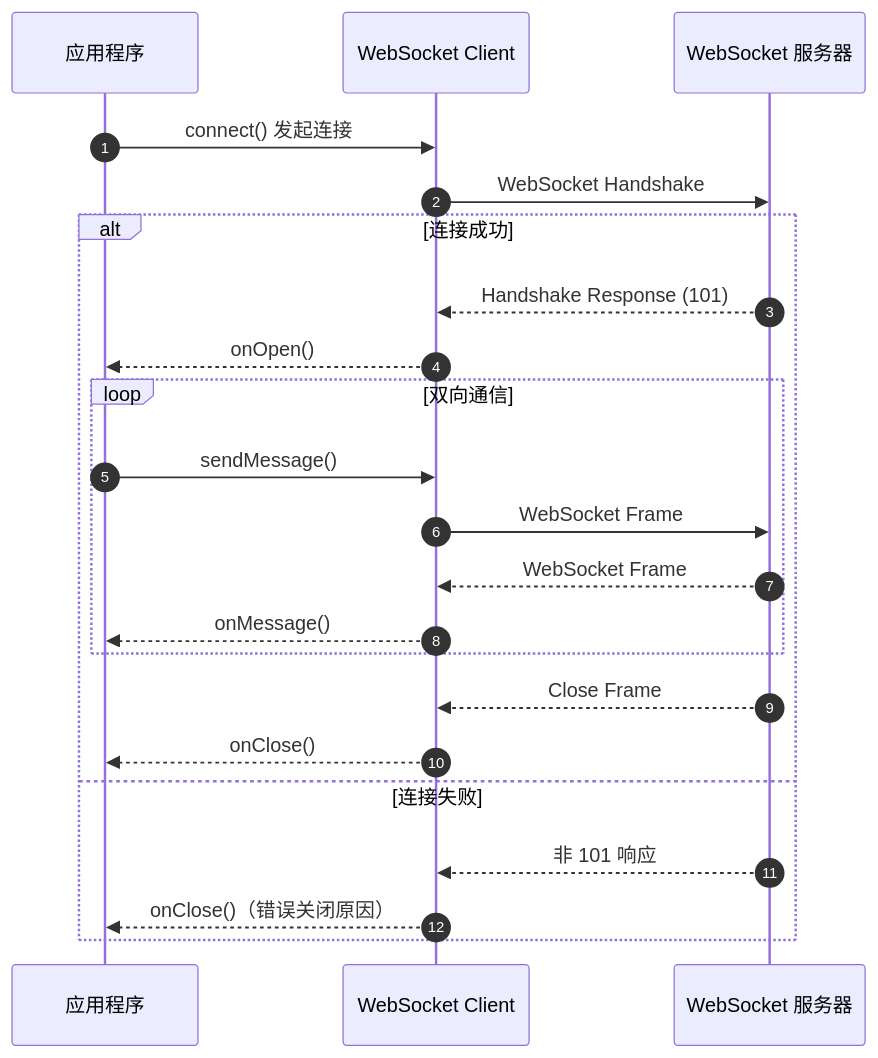
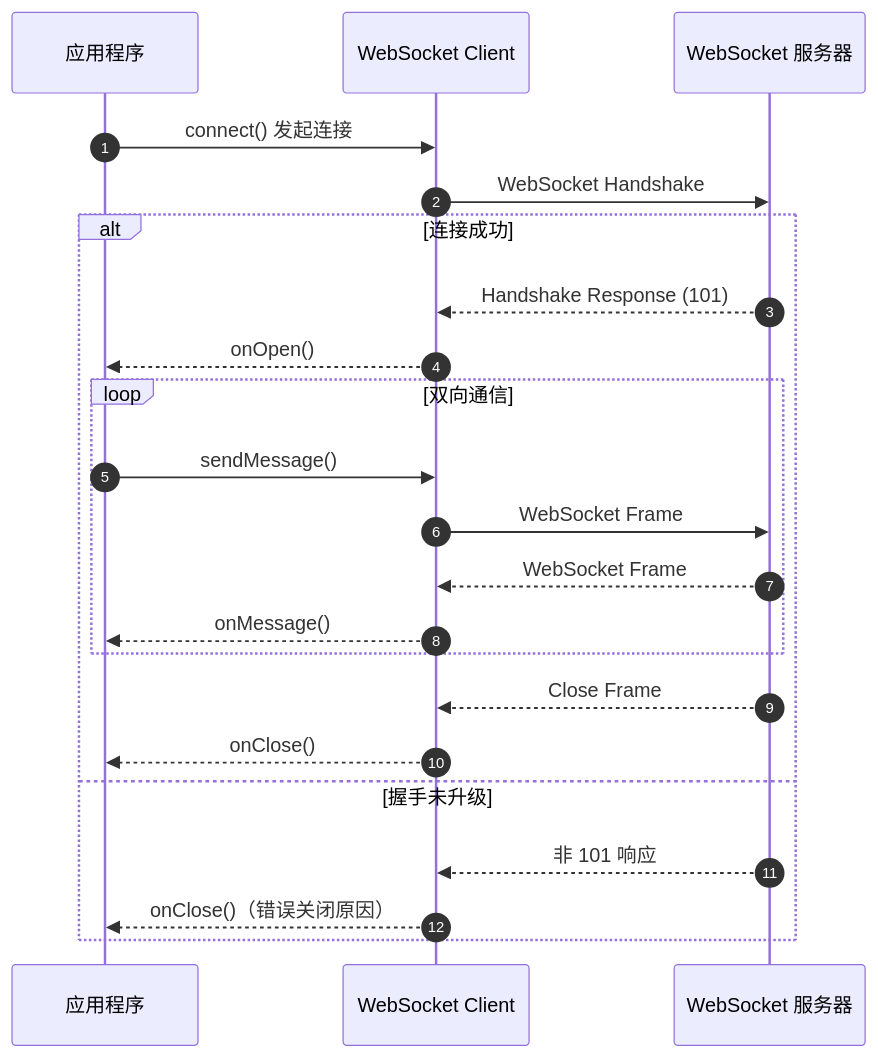
The diagram in pages/src/content/docs/client/ws_client.mdx (smartboot/feat), drawn with Mermaid before and after one commit. The commit also changed other lines of this file, not shown here.

Commit message:
docs: remove duplicate WebSocket option

````diff
--- a/pages/src/content/docs/client/ws_client.mdx
+++ b/pages/src/content/docs/client/ws_client.mdx
@@ -149,28 +148,28 @@
 ```mermaid
 sequenceDiagram
     autonumber
     participant App as 应用程序
     participant Client as WebSocket Client
     participant Server as WebSocket 服务器
 
     App->>Client: connect() 发起连接
     Client->>Server: WebSocket Handshake
     
     alt 连接成功
         Server-->>Client: Handshake Response (101)
         Client-->>App: onOpen()
         
         loop 双向通信
             App->>Client: sendMessage()
             Client->>Server: WebSocket Frame
             Server-->>Client: WebSocket Frame
             Client-->>App: onMessage()
         end
         
         Server-->>Client: Close Frame
         Client-->>App: onClose()
-    else 连接失败
+    else 握手未升级
         Server-->>Client: 非 101 响应
         Client-->>App: onClose()（错误关闭原因）
     end
 ```
````
